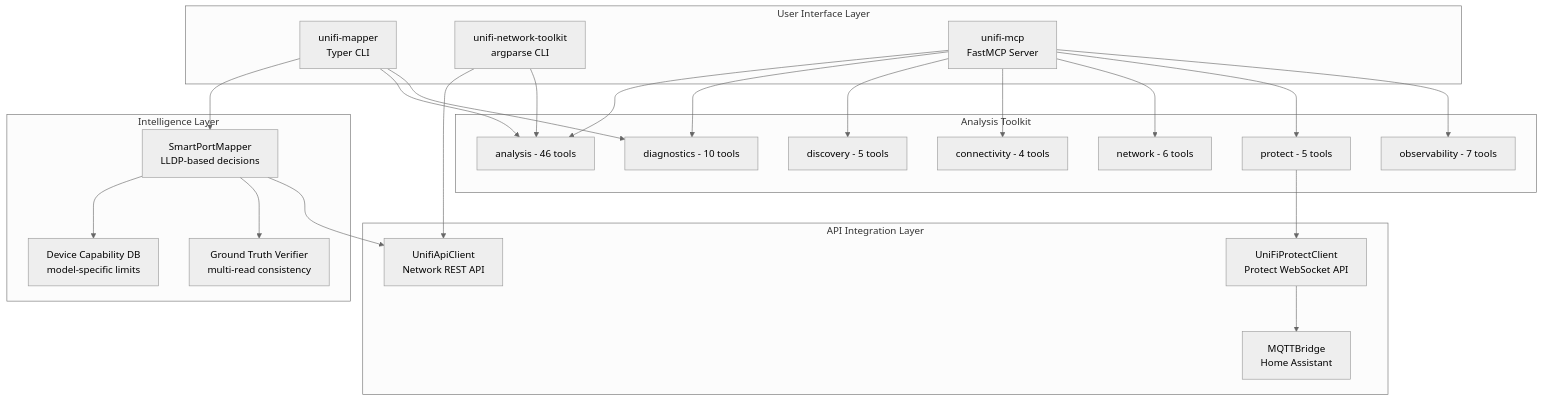
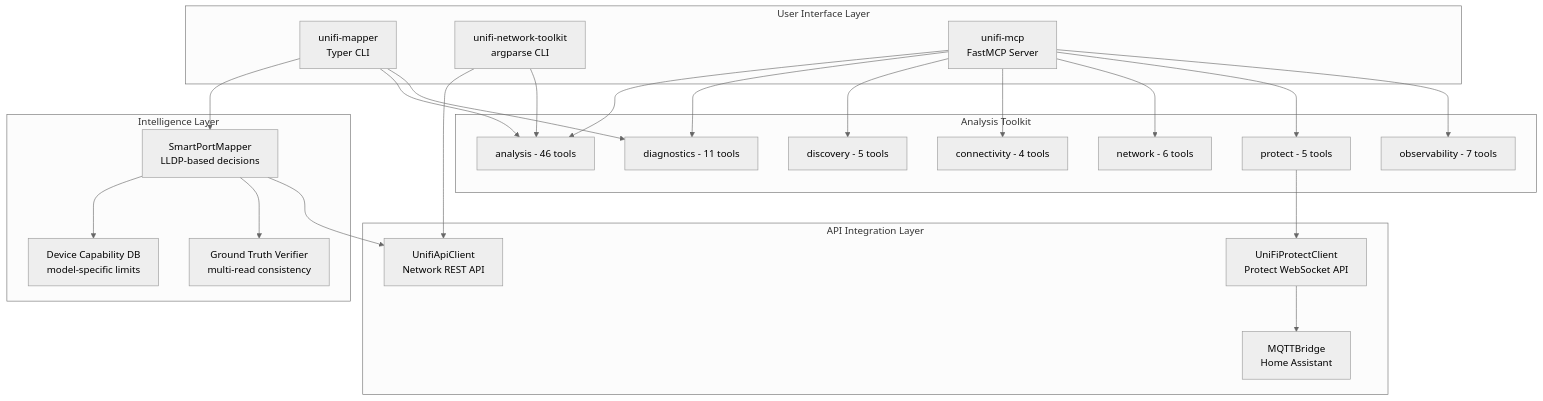
One commit to NetDevAutomate/unifi_management_cli changed diagram 20 of 20 in docs/guides/use-cases-and-howto.md. Above: the diagram before and after it, drawn with Mermaid (neutral theme). The commit also changed other lines of this file and 17 other files, not shown here.

````diff
--- a/docs/guides/use-cases-and-howto.md
+++ b/docs/guides/use-cases-and-howto.md
@@ -1843,50 +1844,50 @@
 ```mermaid
 flowchart TB
     subgraph UI["User Interface Layer"]
         A[unifi-mapper<br/>Typer CLI]
         B[unifi-network-toolkit<br/>argparse CLI]
         C[unifi-mcp<br/>FastMCP Server]
     end
 
     subgraph Intel["Intelligence Layer"]
         D[SmartPortMapper<br/>LLDP-based decisions]
         E[Device Capability DB<br/>model-specific limits]
         F[Ground Truth Verifier<br/>multi-read consistency]
     end
 
     subgraph Analysis["Analysis Toolkit"]
         G[analysis - 46 tools]
-        H[diagnostics - 10 tools]
+        H[diagnostics - 11 tools]
         I[discovery - 5 tools]
         J[connectivity - 4 tools]
         K[network - 6 tools]
         L[protect - 5 tools]
         P[observability - 7 tools]
     end
 
     subgraph API["API Integration Layer"]
         M[UnifiApiClient<br/>Network REST API]
         N[UniFiProtectClient<br/>Protect WebSocket API]
         O[MQTTBridge<br/>Home Assistant]
     end
 
     A --> D
     A --> G
     A --> H
     B --> M
     B --> G
     C --> G
     C --> H
     C --> I
     C --> J
     C --> K
     C --> L
     C --> P
 
     D --> E
     D --> F
     D --> M
 
     L --> N
     N --> O
 ```
````
